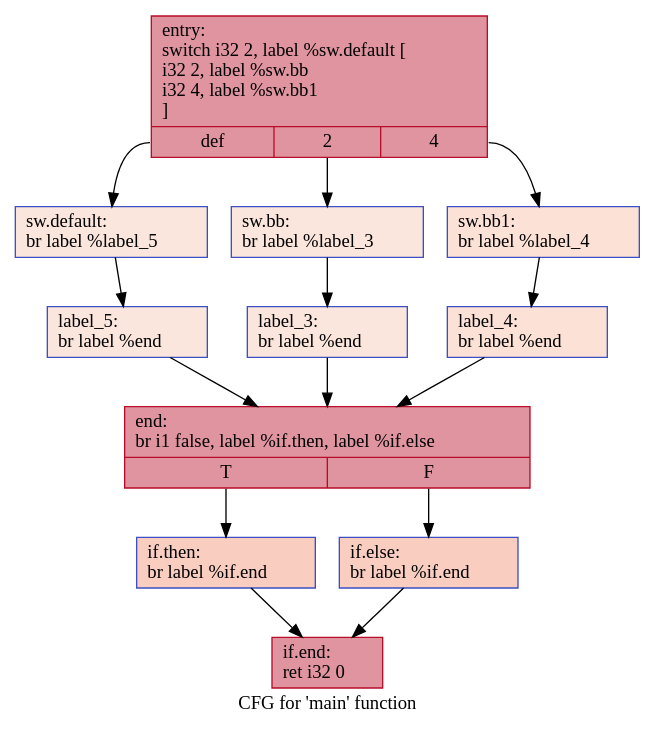
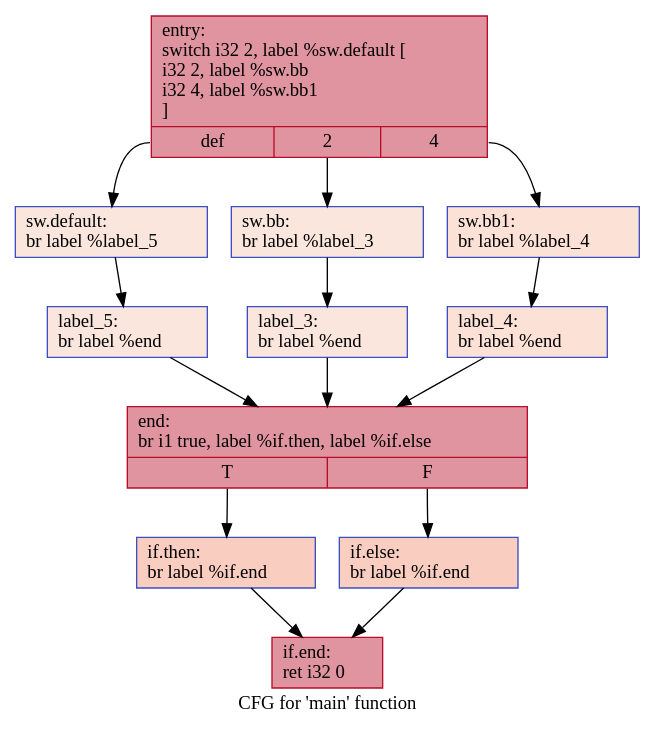
One commit to HPSSA-LLVM/HPSSA-LLVM changed the diagram in IR/cfg/SCCP_BASELINE.dot. Above: the diagram before and after it, drawn with Graphviz. The commit also changed 28 other files, not shown here.

```diff
--- a/IR/cfg/SCCP_BASELINE.dot
+++ b/IR/cfg/SCCP_BASELINE.dot
@@ -1,28 +1,28 @@
 digraph "CFG for 'main' function" {
 	label="CFG for 'main' function";
 
-	Node0x5590b6a9e6e0 [shape=record,color="#b70d28ff", style=filled, fillcolor="#b70d2870",label="{entry:\l  switch i32 2, label %sw.default [\l    i32 2, label %sw.bb\l    i32 4, label %sw.bb1\l  ]\l|{<s0>def|<s1>2|<s2>4}}"];
-	Node0x5590b6a9e6e0:s0 -> Node0x5590b6a9e810;
-	Node0x5590b6a9e6e0:s1 -> Node0x5590b6a9e890;
-	Node0x5590b6a9e6e0:s2 -> Node0x5590b6a9e930;
-	Node0x5590b6a9e890 [shape=record,color="#3d50c3ff", style=filled, fillcolor="#f3c7b170",label="{sw.bb:                                            \l  br label %label_3\l}"];
-	Node0x5590b6a9e890 -> Node0x5590b6a9eac0;
-	Node0x5590b6a9e930 [shape=record,color="#3d50c3ff", style=filled, fillcolor="#f7bca170",label="{sw.bb1:                                           \l  br label %label_4\l}"];
-	Node0x5590b6a9e930 -> Node0x5590b6a9eba0;
-	Node0x5590b6a9e810 [shape=record,color="#3d50c3ff", style=filled, fillcolor="#f3c7b170",label="{sw.default:                                       \l  br label %label_5\l}"];
-	Node0x5590b6a9e810 -> Node0x5590b6a9ec80;
-	Node0x5590b6a9eac0 [shape=record,color="#3d50c3ff", style=filled, fillcolor="#f3c7b170",label="{label_3:                                          \l  br label %end\l}"];
-	Node0x5590b6a9eac0 -> Node0x5590b6a9ed60;
-	Node0x5590b6a9eba0 [shape=record,color="#3d50c3ff", style=filled, fillcolor="#f7bca170",label="{label_4:                                          \l  br label %end\l}"];
-	Node0x5590b6a9eba0 -> Node0x5590b6a9ed60;
-	Node0x5590b6a9ec80 [shape=record,color="#3d50c3ff", style=filled, fillcolor="#f3c7b170",label="{label_5:                                          \l  br label %end\l}"];
-	Node0x5590b6a9ec80 -> Node0x5590b6a9ed60;
-	Node0x5590b6a9ed60 [shape=record,color="#b70d28ff", style=filled, fillcolor="#b70d2870",label="{end:                                              \l  br i1 false, label %if.then, label %if.else\l|{<s0>T|<s1>F}}"];
-	Node0x5590b6a9ed60:s0 -> Node0x5590b6a9ef50;
-	Node0x5590b6a9ed60:s1 -> Node0x5590b6a9efc0;
-	Node0x5590b6a9ef50 [shape=record,color="#3d50c3ff", style=filled, fillcolor="#f2907270",label="{if.then:                                          \l  br label %if.end\l}"];
-	Node0x5590b6a9ef50 -> Node0x5590b6a9f0e0;
-	Node0x5590b6a9efc0 [shape=record,color="#3d50c3ff", style=filled, fillcolor="#f2907270",label="{if.else:                                          \l  br label %if.end\l}"];
-	Node0x5590b6a9efc0 -> Node0x5590b6a9f0e0;
-	Node0x5590b6a9f0e0 [shape=record,color="#b70d28ff", style=filled, fillcolor="#b70d2870",label="{if.end:                                           \l  ret i32 0\l}"];
+	Node0x55cc8c28d6e0 [shape=record,color="#b70d28ff", style=filled, fillcolor="#b70d2870",label="{entry:\l  switch i32 2, label %sw.default [\l    i32 2, label %sw.bb\l    i32 4, label %sw.bb1\l  ]\l|{<s0>def|<s1>2|<s2>4}}"];
+	Node0x55cc8c28d6e0:s0 -> Node0x55cc8c28d810;
+	Node0x55cc8c28d6e0:s1 -> Node0x55cc8c28d890;
+	Node0x55cc8c28d6e0:s2 -> Node0x55cc8c28d930;
+	Node0x55cc8c28d890 [shape=record,color="#3d50c3ff", style=filled, fillcolor="#f3c7b170",label="{sw.bb:                                            \l  br label %label_3\l}"];
+	Node0x55cc8c28d890 -> Node0x55cc8c28dac0;
+	Node0x55cc8c28d930 [shape=record,color="#3d50c3ff", style=filled, fillcolor="#f7bca170",label="{sw.bb1:                                           \l  br label %label_4\l}"];
+	Node0x55cc8c28d930 -> Node0x55cc8c28dba0;
+	Node0x55cc8c28d810 [shape=record,color="#3d50c3ff", style=filled, fillcolor="#f3c7b170",label="{sw.default:                                       \l  br label %label_5\l}"];
+	Node0x55cc8c28d810 -> Node0x55cc8c28dc80;
+	Node0x55cc8c28dac0 [shape=record,color="#3d50c3ff", style=filled, fillcolor="#f3c7b170",label="{label_3:                                          \l  br label %end\l}"];
+	Node0x55cc8c28dac0 -> Node0x55cc8c28dd60;
+	Node0x55cc8c28dba0 [shape=record,color="#3d50c3ff", style=filled, fillcolor="#f7bca170",label="{label_4:                                          \l  br label %end\l}"];
+	Node0x55cc8c28dba0 -> Node0x55cc8c28dd60;
+	Node0x55cc8c28dc80 [shape=record,color="#3d50c3ff", style=filled, fillcolor="#f3c7b170",label="{label_5:                                          \l  br label %end\l}"];
+	Node0x55cc8c28dc80 -> Node0x55cc8c28dd60;
+	Node0x55cc8c28dd60 [shape=record,color="#b70d28ff", style=filled, fillcolor="#b70d2870",label="{end:                                              \l  br i1 true, label %if.then, label %if.else\l|{<s0>T|<s1>F}}"];
+	Node0x55cc8c28dd60:s0 -> Node0x55cc8c28df50;
+	Node0x55cc8c28dd60:s1 -> Node0x55cc8c28dfc0;
+	Node0x55cc8c28df50 [shape=record,color="#3d50c3ff", style=filled, fillcolor="#f2907270",label="{if.then:                                          \l  br label %if.end\l}"];
+	Node0x55cc8c28df50 -> Node0x55cc8c28e0e0;
+	Node0x55cc8c28dfc0 [shape=record,color="#3d50c3ff", style=filled, fillcolor="#f2907270",label="{if.else:                                          \l  br label %if.end\l}"];
+	Node0x55cc8c28dfc0 -> Node0x55cc8c28e0e0;
+	Node0x55cc8c28e0e0 [shape=record,color="#b70d28ff", style=filled, fillcolor="#b70d2870",label="{if.end:                                           \l  ret i32 0\l}"];
 }
```
